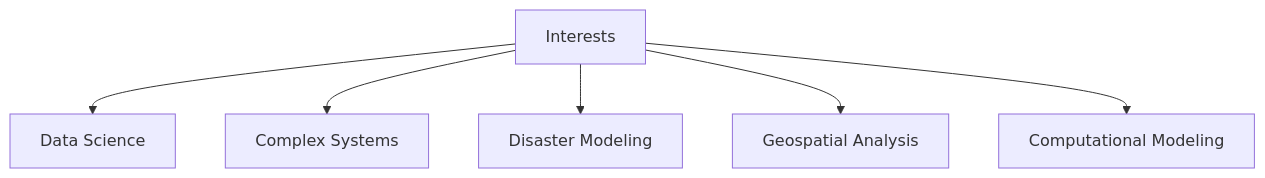
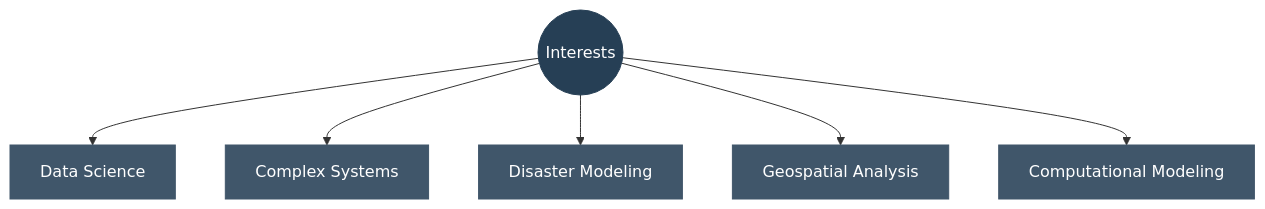
Before and after one commit to alaamd-1000/alaamd-1000: the first of 3 diagrams in README.md, drawn with Mermaid. The commit also changed other lines of this file, not shown here.

````diff
--- a/README.md
+++ b/README.md
@@ -18,9 +20,16 @@
 ```mermaid
-flowchart TD
-    A["Interests"]
-    A --> B["Data Science"]
-    A --> C["Complex Systems"]
-    A --> D["Disaster Modeling"]
-    A --> E["Geospatial Analysis"]
-    A --> F["Computational Modeling"]
+flowchart TB
+    A((Interests))
+    A --> B[Data Science]
+    A --> C[Complex Systems]
+    A --> D[Disaster Modeling]
+    A --> E[Geospatial Analysis]
+    A --> F[Computational Modeling]
+
+    style A fill:#263F55,color:#fff,stroke:#263F55
+    style B fill:#40566A,color:#fff,stroke:#40566A
+    style C fill:#40566A,color:#fff,stroke:#40566A
+    style D fill:#40566A,color:#fff,stroke:#40566A
+    style E fill:#40566A,color:#fff,stroke:#40566A
+    style F fill:#40566A,color:#fff,stroke:#40566A
 ```
````
